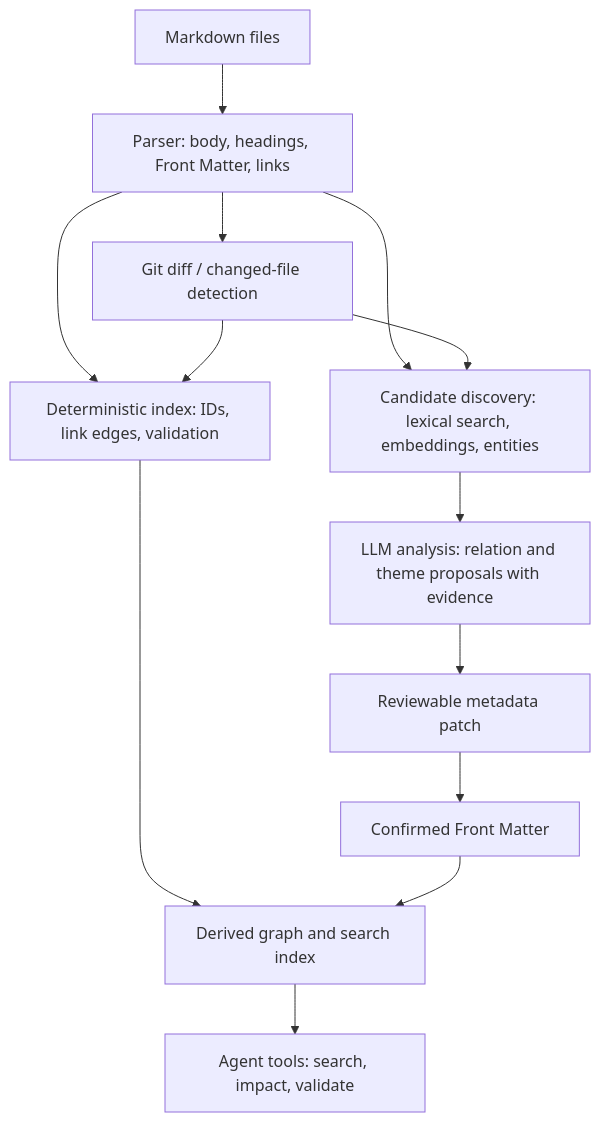
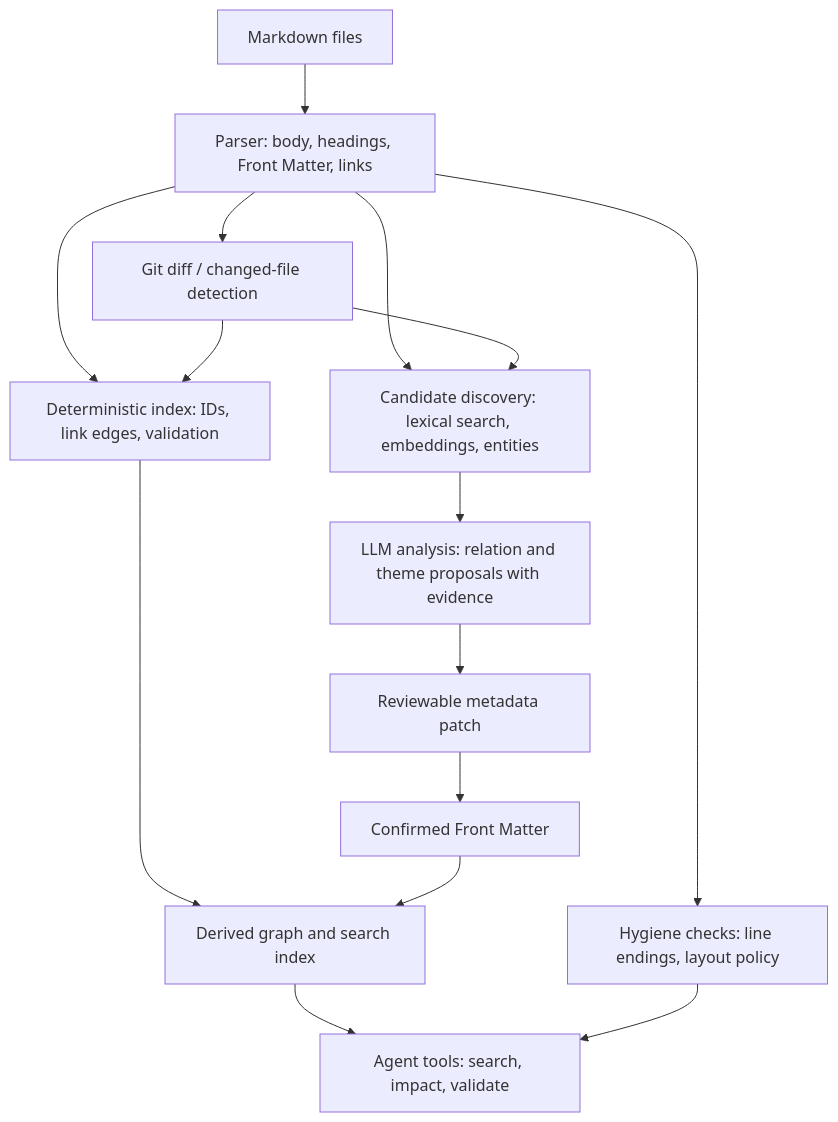
One commit to x-dc-coder/md-lineage changed the diagram in docs/architecture.md. Above: the diagram before and after it, drawn with Mermaid. The commit also changed 4 other files, not shown here.

```diff
--- a/docs/architecture.md
+++ b/docs/architecture.md
@@ -7,15 +7,17 @@
 ~~~mermaid
 flowchart TD
   A[Markdown files] --> B[Parser: body, headings, Front Matter, links]
   B --> C[Deterministic index: IDs, link edges, validation]
+  B --> C2[Hygiene checks: line endings, layout policy]
   B --> D[Candidate discovery: lexical search, embeddings, entities]
   D --> E[LLM analysis: relation and theme proposals with evidence]
   E --> F[Reviewable metadata patch]
   F --> G[Confirmed Front Matter]
   C --> H[Derived graph and search index]
   G --> H
   H --> I[Agent tools: search, impact, validate]
+  C2 --> I
   B --> J[Git diff / changed-file detection]
   J --> C
   J --> D
 ~~~
```
